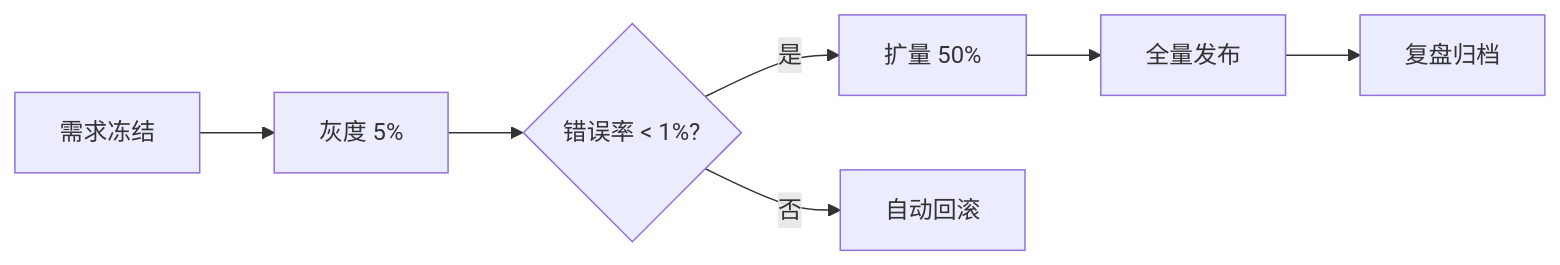
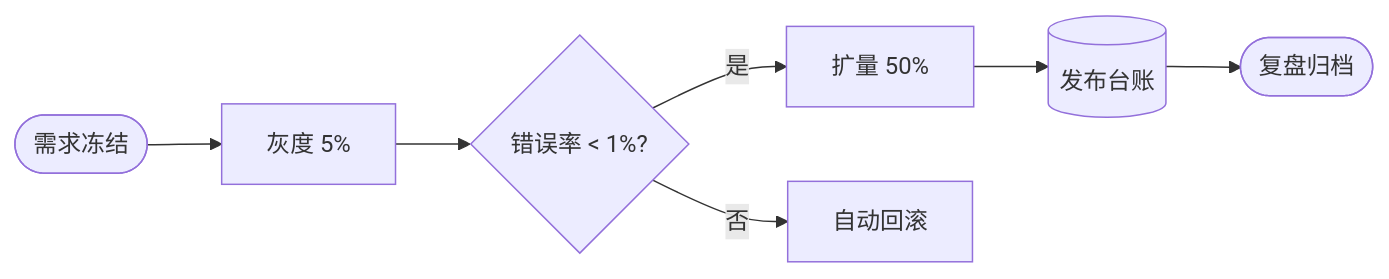
One commit to daidaiJ/mmdx changed the diagram in examples/gallery/release-review.md. Above: the diagram before and after it, drawn with Mermaid. The commit also changed other lines of this file and 103 other files, not shown here.

````diff
--- a/examples/gallery/release-review.md
+++ b/examples/gallery/release-review.md
@@ -5,9 +5,9 @@
 ```mermaid
 flowchart LR
-  A[需求冻结] --> B[灰度 5%]
+  A([需求冻结]) --> B[灰度 5%]
   B --> C{错误率 < 1%?}
   C -- 是 --> D[扩量 50%]
   C -- 否 --> E[自动回滚]
-  D --> F[全量发布]
-  F --> G[复盘归档]
+  D --> F[(发布台账)]
+  F --> G([复盘归档])
 ```
````
